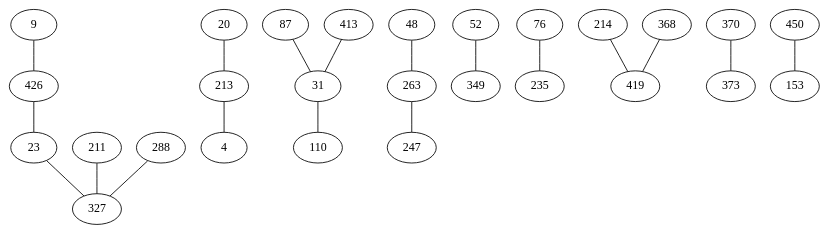
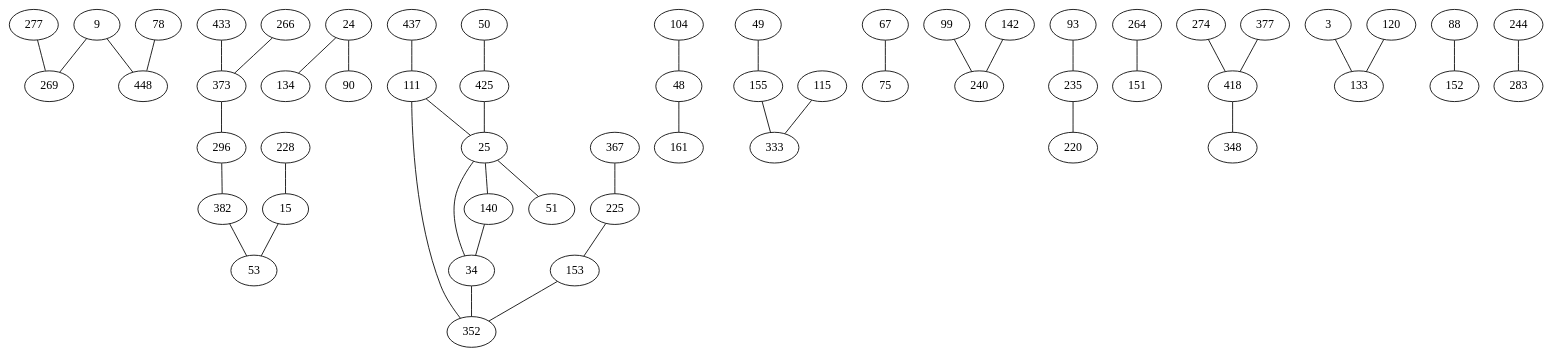
The diagram in external/dbg2olc/BiDirectedBestOverlapGraph.dot (AuCson/Genome-Assembly-Implementation), drawn with Graphviz before and after one commit. The commit also changed 79 other files, not shown here.

```diff
--- a/external/dbg2olc/BiDirectedBestOverlapGraph.dot
+++ b/external/dbg2olc/BiDirectedBestOverlapGraph.dot
@@ -1,33 +1,73 @@
 strict graph G {
-9 -- 426;
-20 -- 213;
-23 -- 327;
-31 -- 110;
-48 -- 263;
-52 -- 349;
-76 -- 235;
-87 -- 31;
-110 -- 31;
-211 -- 327;
-213 -- 4;
-214 -- 419;
-235 -- 76;
-263 -- 247;
-288 -- 327;
-327 -- 211;
-349 -- 52;
-368 -- 419;
-370 -- 373;
-413 -- 31;
-426 -- 23;
-450 -- 153;
-4 -- 213;
-31 -- 87;
-31 -- 413;
-153 -- 450;
-247 -- 263;
-327 -- 23;
-373 -- 370;
-419 -- 368;
-426 -- 9;
+9 -- 269;
+15 -- 53;
+24 -- 134;
+25 -- 140;
+34 -- 352;
+48 -- 161;
+49 -- 155;
+50 -- 425;
+53 -- 15;
+67 -- 75;
+75 -- 67;
+78 -- 448;
+99 -- 240;
+104 -- 48;
+111 -- 352;
+115 -- 333;
+134 -- 24;
+140 -- 34;
+142 -- 240;
+153 -- 352;
+155 -- 333;
+225 -- 153;
+235 -- 220;
+240 -- 99;
+264 -- 151;
+269 -- 9;
+274 -- 418;
+277 -- 269;
+296 -- 382;
+333 -- 155;
+352 -- 153;
+373 -- 296;
+382 -- 53;
+418 -- 348;
+425 -- 25;
+433 -- 373;
+437 -- 111;
+3 -- 133;
+9 -- 448;
+24 -- 90;
+25 -- 51;
+34 -- 25;
+51 -- 25;
+53 -- 382;
+88 -- 152;
+90 -- 24;
+93 -- 235;
+111 -- 25;
+120 -- 133;
+133 -- 120;
+140 -- 25;
+151 -- 264;
+152 -- 88;
+153 -- 225;
+161 -- 48;
+220 -- 235;
+228 -- 15;
+244 -- 283;
+266 -- 373;
+269 -- 277;
+283 -- 244;
+296 -- 373;
+348 -- 418;
+352 -- 111;
+367 -- 225;
+373 -- 266;
+377 -- 418;
+382 -- 296;
+418 -- 377;
+425 -- 50;
+448 -- 78;
 }
```
